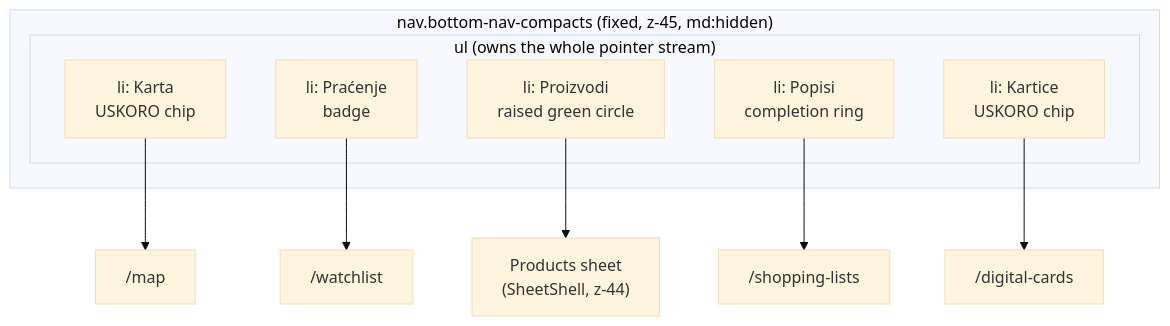
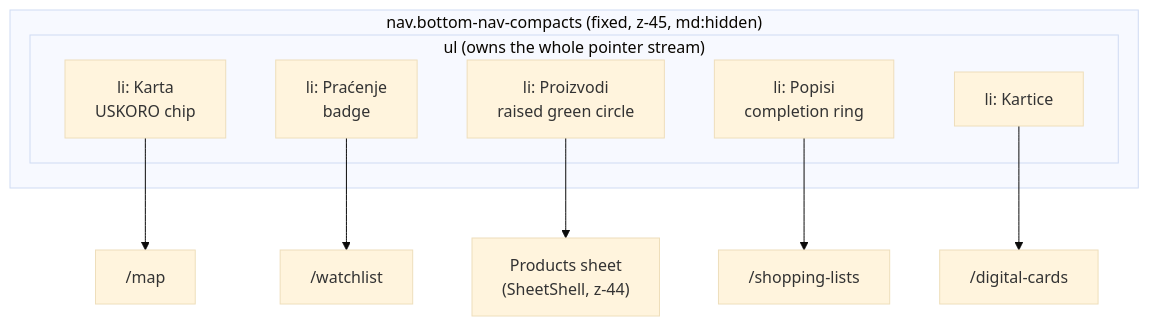
Before and after one commit to OffCrazyFreak/Disscount: the first of 5 diagrams in docs/MOBILE-NAV.md, drawn with Mermaid (base theme). The commit also changed other lines of this file and 7 other files, not shown here.

````diff
--- a/docs/MOBILE-NAV.md
+++ b/docs/MOBILE-NAV.md
@@ -79,18 +79,18 @@
 ```mermaid
 flowchart TB
     subgraph nav["nav.bottom-nav-compacts (fixed, z-45, md:hidden)"]
         subgraph ul["ul (owns the whole pointer stream)"]
             c1["li: Karta<br/>USKORO chip"]
             c2["li: Praćenje<br/>badge"]
             c3["li: Proizvodi<br/>raised green circle"]
             c4["li: Popisi<br/>completion ring"]
-            c5["li: Kartice<br/>USKORO chip"]
+            c5["li: Kartice"]
         end
     end
 
     c1 --> map["/map"]
     c2 --> watchlist["/watchlist"]
     c3 --> sheet["Products sheet<br/>(SheetShell, z-44)"]
     c4 --> lists["/shopping-lists"]
     c5 --> cards["/digital-cards"]
 ```
````
